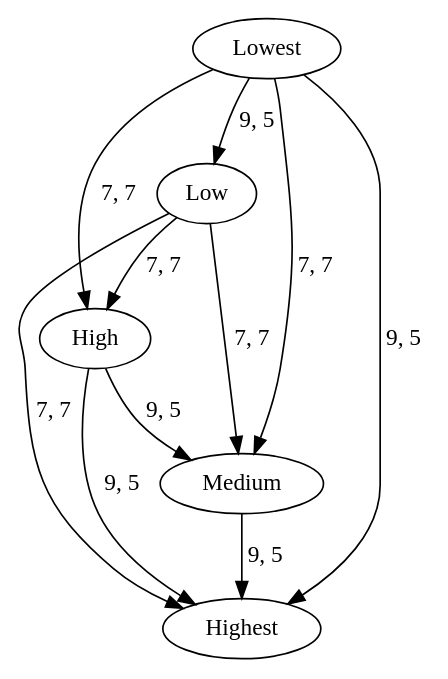
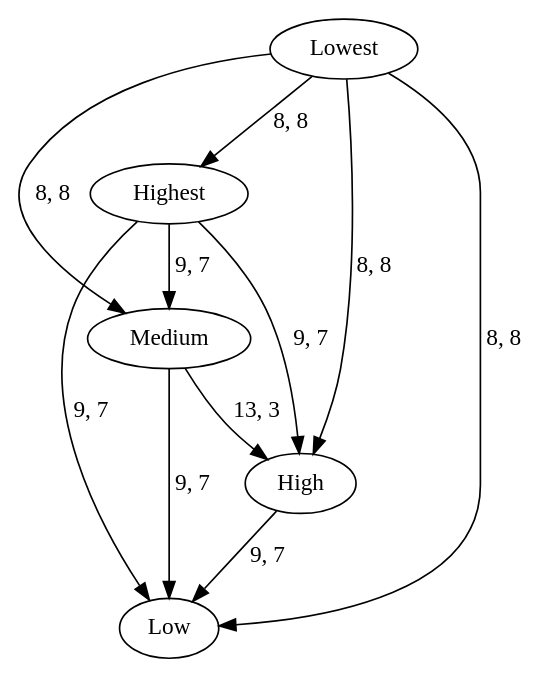
Before and after one commit to efair4/CS5110: the diagram in Program3/graphImages/user.gv, drawn with Graphviz. The commit also changed 10 other files, not shown here.

```diff
--- a/Program3/graphImages/user.gv
+++ b/Program3/graphImages/user.gv
@@ -1,17 +1,17 @@
 digraph {
 	Highest
 	High
 	Medium
 	Low
 	Lowest
-	High -> Highest [label="9, 5" weight=9]
-	Medium -> Highest [label="9, 5" weight=9]
-	Low -> Highest [label="7, 7" weight=7]
-	Lowest -> Highest [label="9, 5" weight=9]
-	High -> Medium [label="9, 5" weight=9]
-	Low -> High [label="7, 7" weight=7]
-	Lowest -> High [label="7, 7" weight=7]
-	Low -> Medium [label="7, 7" weight=7]
-	Lowest -> Medium [label="7, 7" weight=7]
-	Lowest -> Low [label="9, 5" weight=9]
+	Highest -> High [label="9, 7" weight=9]
+	Highest -> Medium [label="9, 7" weight=9]
+	Highest -> Low [label="9, 7" weight=9]
+	Lowest -> Highest [label="8, 8" weight=8]
+	Medium -> High [label="13, 3" weight=13]
+	High -> Low [label="9, 7" weight=9]
+	Lowest -> High [label="8, 8" weight=8]
+	Medium -> Low [label="9, 7" weight=9]
+	Lowest -> Medium [label="8, 8" weight=8]
+	Lowest -> Low [label="8, 8" weight=8]
 }
```
